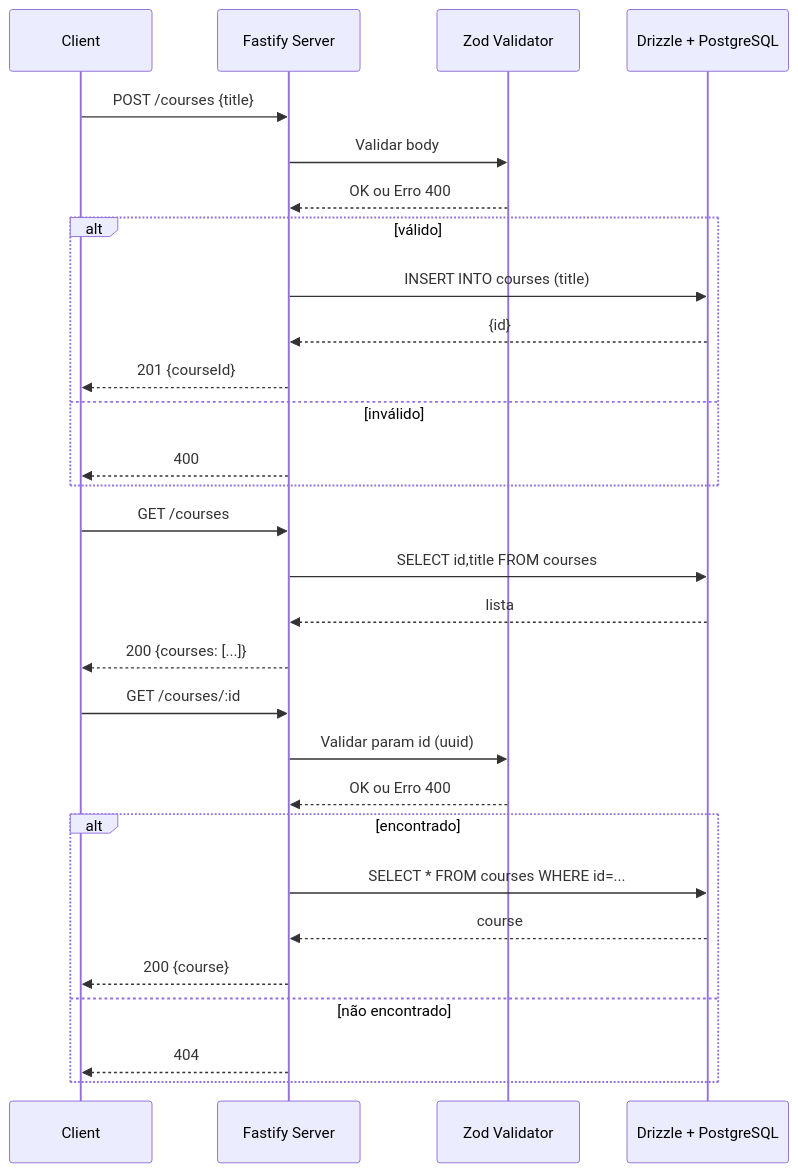
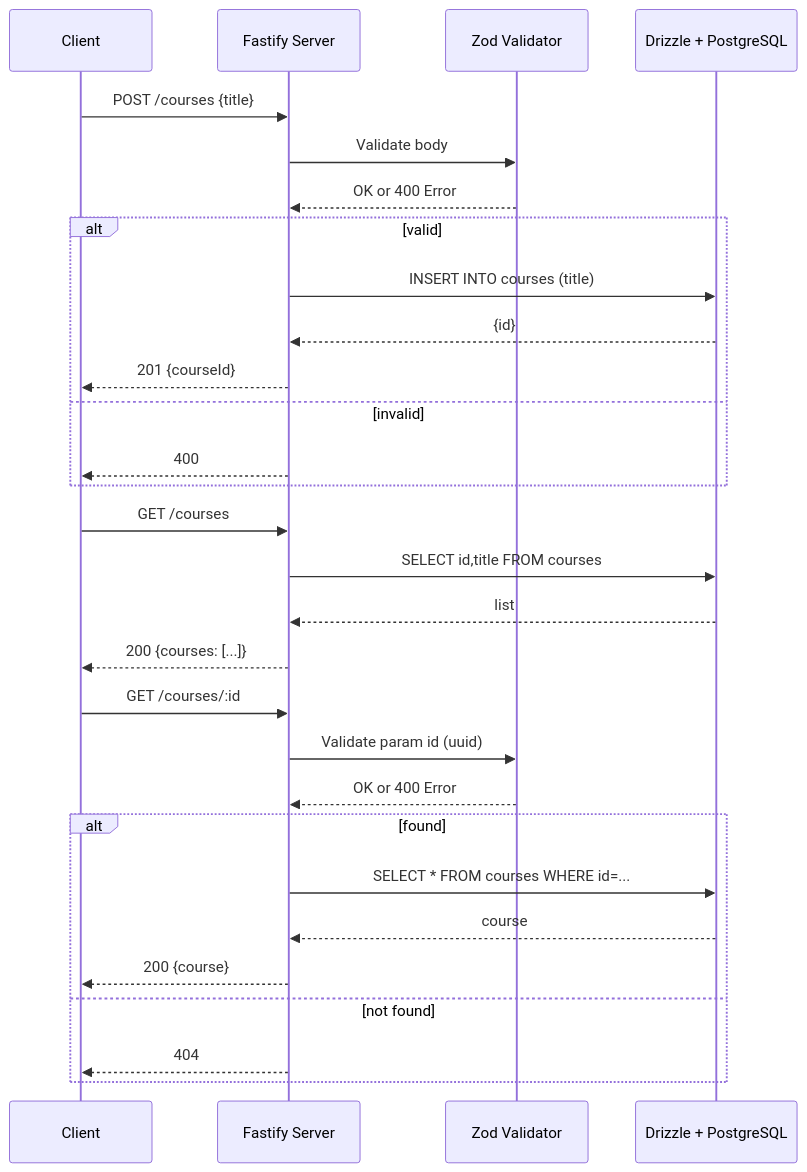
One commit to isaqu3d/api-node changed the diagram in README.md. Above: the diagram before and after it, drawn with Mermaid.

Commit message:
feat: change language

````diff
--- a/README.md
+++ b/README.md
@@ -109,34 +109,34 @@
 ```mermaid
 sequenceDiagram
   participant C as Client
   participant S as Fastify Server
   participant V as Zod Validator
   participant DB as Drizzle + PostgreSQL
 
   C->>S: POST /courses {title}
-  S->>V: Validar body
-  V-->>S: OK ou Erro 400
-  alt válido
+  S->>V: Validate body
+  V-->>S: OK or 400 Error
+  alt valid
     S->>DB: INSERT INTO courses (title)
     DB-->>S: {id}
     S-->>C: 201 {courseId}
-  else inválido
+  else invalid
     S-->>C: 400
   end
 
   C->>S: GET /courses
   S->>DB: SELECT id,title FROM courses
-  DB-->>S: lista
+  DB-->>S: list
   S-->>C: 200 {courses: [...]}
 
   C->>S: GET /courses/:id
-  S->>V: Validar param id (uuid)
-  V-->>S: OK ou Erro 400
-  alt encontrado
+  S->>V: Validate param id (uuid)
+  V-->>S: OK or 400 Error
+  alt found
     S->>DB: SELECT * FROM courses WHERE id=...
     DB-->>S: course
     S-->>C: 200 {course}
-  else não encontrado
+  else not found
     S-->>C: 404
   end
 ```
````
